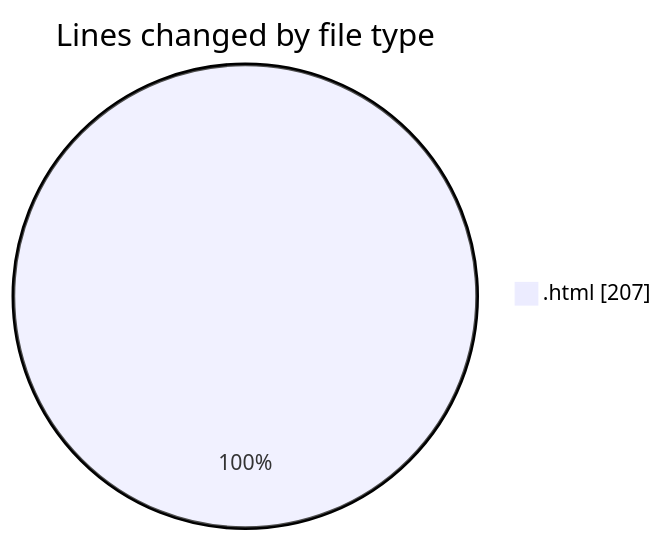
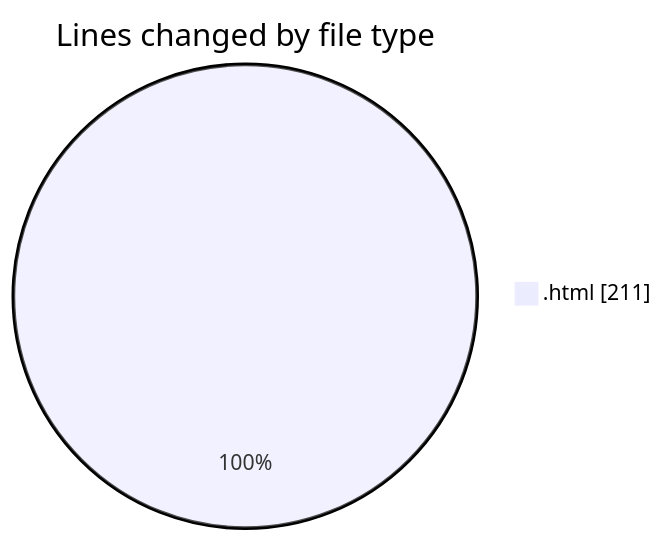
Before and after one commit to LanceThiago/code-tracking: the first of 2 diagrams in 2025-01-07/nueva_carpeta/README.md, drawn with Mermaid. The commit also changed other lines of this file and 1 other file, not shown here.

````diff
--- a/2025-01-07/nueva_carpeta/README.md
+++ b/2025-01-07/nueva_carpeta/README.md
@@ -20,5 +20,5 @@
 ```mermaid
 pie showData
 title Lines changed by file type
-".html" : 207
+".html" : 211
 ```
````
